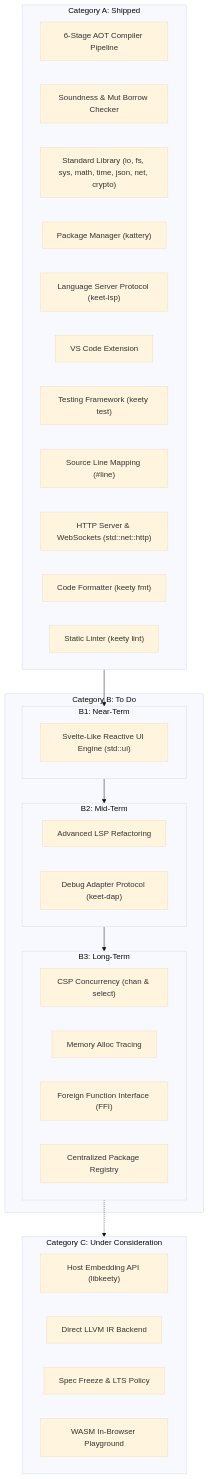
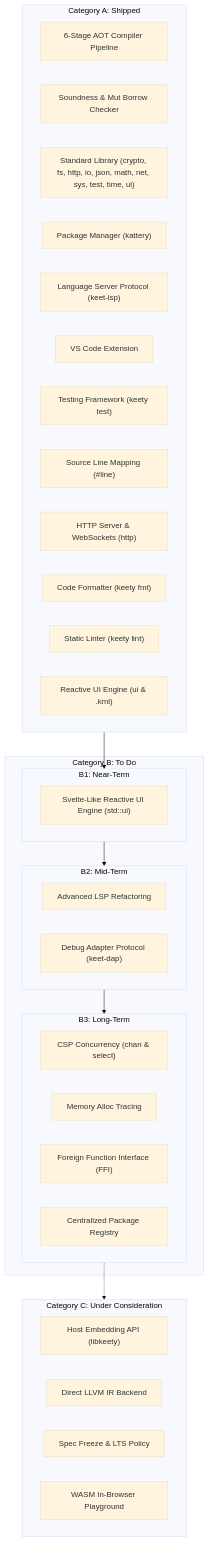
Before and after one commit to paweljjar/keety: the diagram in ROADMAP.md, drawn with Mermaid (base theme). The commit also changed other lines of this file and 13 other files, not shown here.

Commit message:
docs: update documentation, roadmap, and stdlib specs for new packages and reactive UI engine

````diff
--- a/ROADMAP.md
+++ b/ROADMAP.md
@@ -17,41 +17,42 @@
 ```mermaid
 flowchart TD
     subgraph A["Category A: Shipped"]
         A1["6-Stage AOT Compiler Pipeline"]
         A2["Soundness & Mut Borrow Checker"]
-        A3["Standard Library (io, fs, sys, math, time, json, net, crypto)"]
+        A3["Standard Library (crypto, fs, http, io, json, math, net, sys, test, time, ui)"]
         A4["Package Manager (kattery)"]
         A5["Language Server Protocol (keet-lsp)"]
         A6["VS Code Extension"]
         A7["Testing Framework (keety test)"]
         A8["Source Line Mapping (#line)"]
-        A9["HTTP Server & WebSockets (std::net::http)"]
+        A9["HTTP Server & WebSockets (http)"]
         A10["Code Formatter (keety fmt)"]
         A11["Static Linter (keety lint)"]
+        A12["Reactive UI Engine (ui & .kml)"]
     end
 
     subgraph B["Category B: To Do"]
         subgraph B1["B1: Near-Term"]
             B1_1["Svelte-Like Reactive UI Engine (std::ui)"]
         end
         subgraph B2["B2: Mid-Term"]
             B2_1["Advanced LSP Refactoring"]
             B2_2["Debug Adapter Protocol (keet-dap)"]
         end
         subgraph B3["B3: Long-Term"]
             B3_1["CSP Concurrency (chan & select)"]
             B3_2["Memory Alloc Tracing"]
             B3_3["Foreign Function Interface (FFI)"]
             B3_4["Centralized Package Registry"]
         end
     end
 
     subgraph C["Category C: Under Consideration"]
         C1["Host Embedding API (libkeety)"]
         C2["Direct LLVM IR Backend"]
         C3["Spec Freeze & LTS Policy"]
         C4["WASM In-Browser Playground"]
     end
 
     A --> B1 --> B2 --> B3 -.-> C
 ```
````
